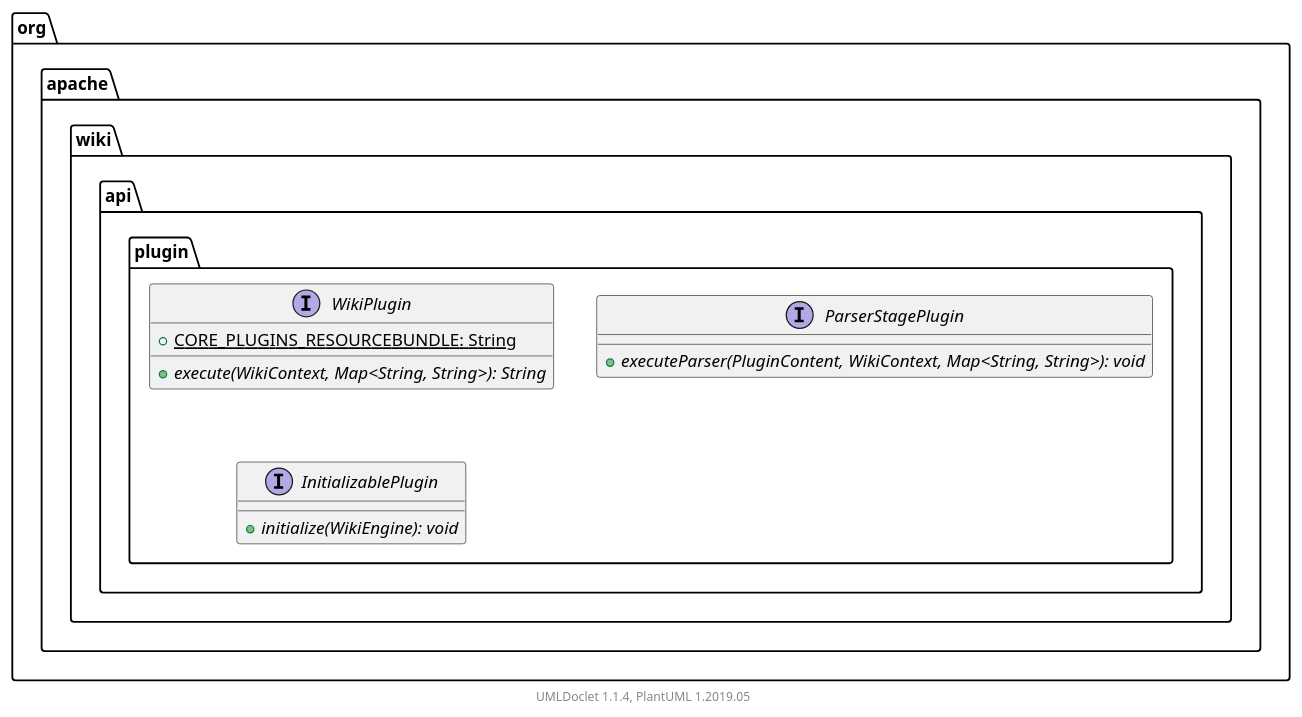
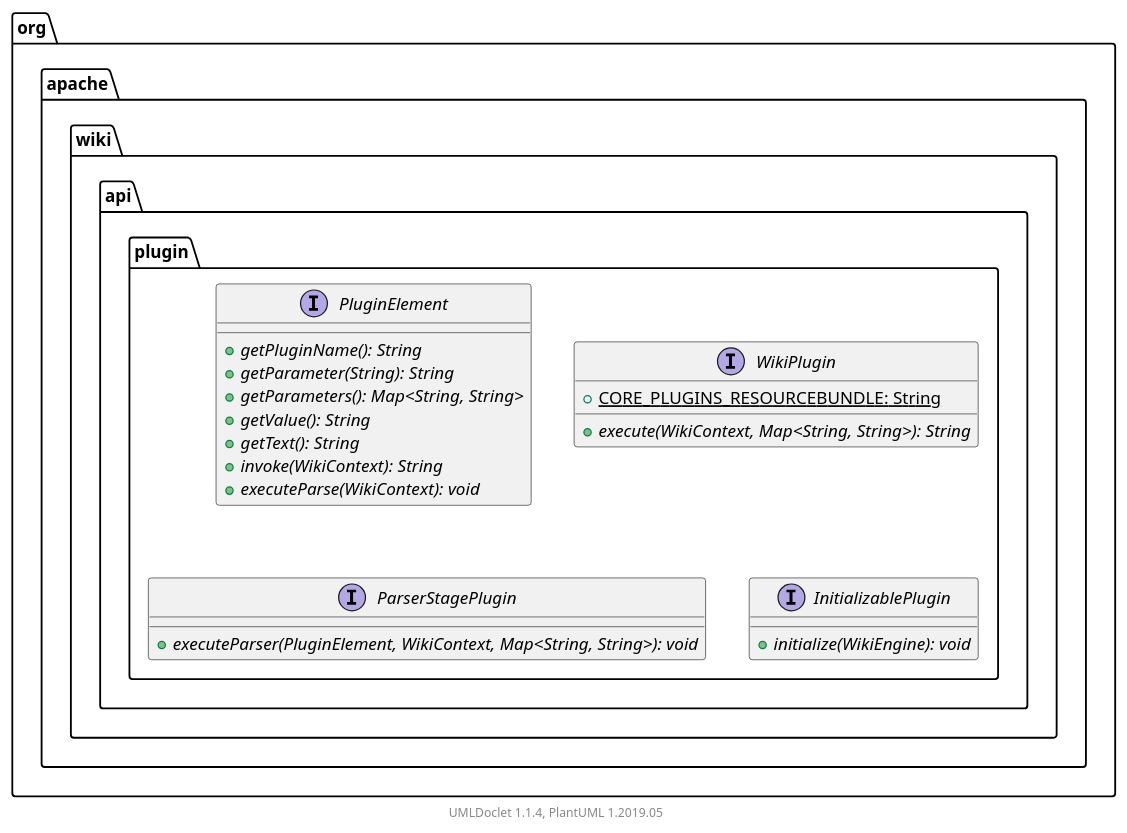
The diagram in apidocs/2.11.0.M7-SNAPSHOT/org/apache/wiki/api/plugin/package.puml (apache/jspwiki-site), drawn with PlantUML before and after one commit. The commit also changed 1140 other files, not shown here.

```diff
--- a/apidocs/2.11.0.M7-SNAPSHOT/org/apache/wiki/api/plugin/package.puml
+++ b/apidocs/2.11.0.M7-SNAPSHOT/org/apache/wiki/api/plugin/package.puml
@@ -1,22 +1,32 @@
 @startuml
 
     namespace org.apache.wiki.api.plugin {
+
+        interface PluginElement [[PluginElement.html]] {
+            {abstract} +getPluginName(): String
+            {abstract} +getParameter(String): String
+            {abstract} +getParameters(): Map<String, String>
+            {abstract} +getValue(): String
+            {abstract} +getText(): String
+            {abstract} +invoke(WikiContext): String
+            {abstract} +executeParse(WikiContext): void
+        }
 
         interface WikiPlugin [[WikiPlugin.html]] {
             {static} +CORE_PLUGINS_RESOURCEBUNDLE: String
             {abstract} +execute(WikiContext, Map<String, String>): String
         }
 
         interface ParserStagePlugin [[ParserStagePlugin.html]] {
-            {abstract} +executeParser(PluginContent, WikiContext, Map<String, String>): void
+            {abstract} +executeParser(PluginElement, WikiContext, Map<String, String>): void
         }
 
         interface InitializablePlugin [[InitializablePlugin.html]] {
             {abstract} +initialize(WikiEngine): void
         }
 
     }
 
 
     center footer UMLDoclet 1.1.4, PlantUML 1.2019.05
 @enduml
```
